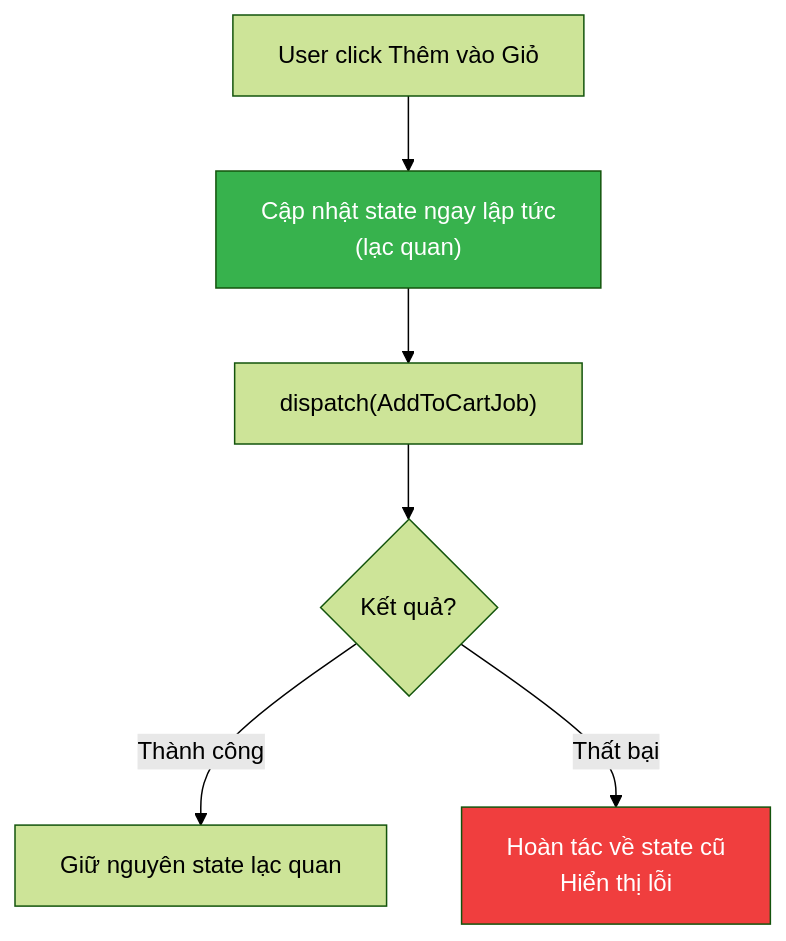
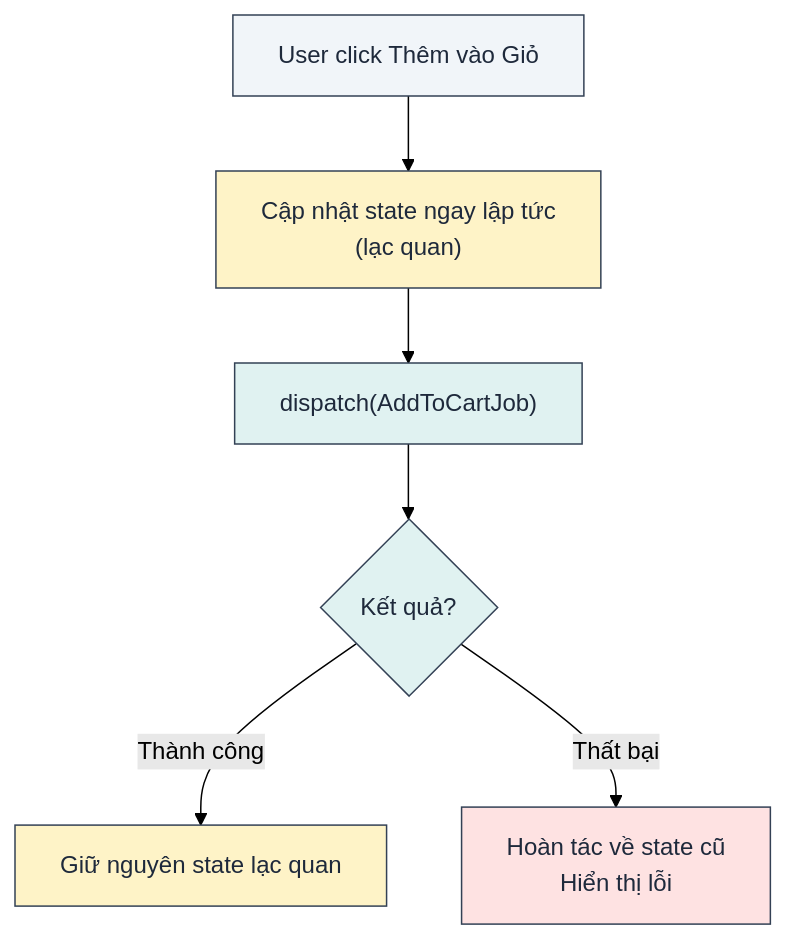
Before and after one commit to lploc94/flutter_orchestrator: the ninth of 12 diagrams in book/vi/chapters/06_case_study.md, drawn with Mermaid (forest theme). The commit also changed other lines of this file and 4 other files, not shown here.

````diff
--- a/book/vi/chapters/06_case_study.md
+++ b/book/vi/chapters/06_case_study.md
@@ -247,15 +287,19 @@
 ```mermaid
 flowchart TD
     Start["User click Thêm vào Giỏ"]
     
     Start --> Optimistic["Cập nhật state ngay lập tức<br/>(lạc quan)"]
     Optimistic --> Dispatch["dispatch(AddToCartJob)"]
     
     Dispatch --> Result{"Kết quả?"}
     
     Result -->|"Thành công"| Confirm["Giữ nguyên state lạc quan"]
     Result -->|"Thất bại"| Rollback["Hoàn tác về state cũ<br/>Hiển thị lỗi"]
     
-    style Optimistic fill:#37b24d,color:#fff
-    style Rollback fill:#f03e3e,color:#fff
+    style Start fill:#f1f5f9,stroke:#334155,color:#1e293b
+    style Optimistic fill:#fef3c7,stroke:#334155,color:#1e293b
+    style Dispatch fill:#e0f2f1,stroke:#334155,color:#1e293b
+    style Result fill:#e0f2f1,stroke:#334155,color:#1e293b
+    style Confirm fill:#fef3c7,stroke:#334155,color:#1e293b
+    style Rollback fill:#fee2e2,stroke:#334155,color:#1e293b
 ```
````
